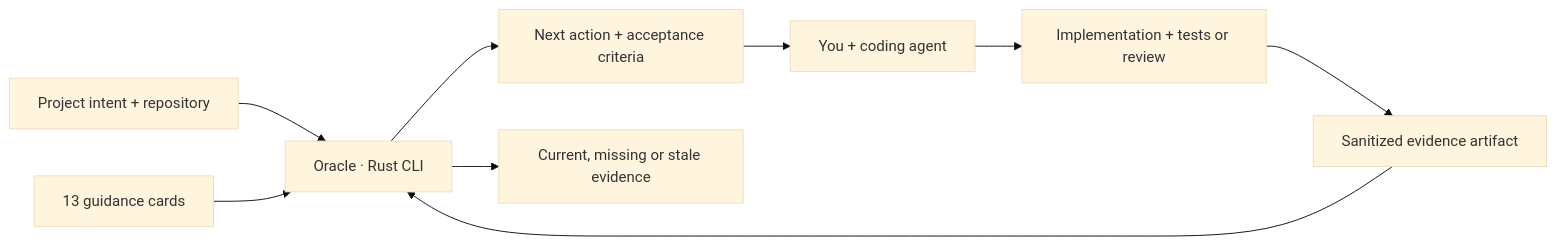
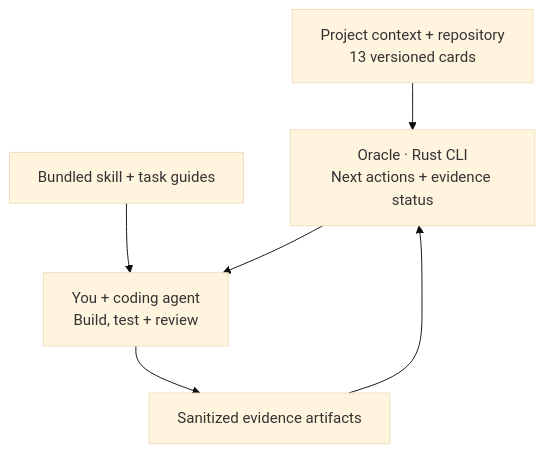
The diagram in README.md (andersonbond/oracle), drawn with Mermaid (base theme) before and after one commit. The commit also changed other lines of this file and 9 other files, not shown here.

````diff
--- a/README.md
+++ b/README.md
@@ -201,11 +242,8 @@
 ```mermaid
-flowchart LR
-    Context["Project intent + repository"] --> Core["Oracle · Rust CLI"]
-    Cards["13 guidance cards"] --> Core
-    Core --> Task["Next action + acceptance criteria"]
-    Task --> Agent["You + coding agent"]
-    Agent --> Work["Implementation + tests or review"]
-    Work --> Proof["Sanitized evidence artifact"]
+flowchart TD
+    Context["Project context + repository<br/>13 versioned cards"] --> Core["Oracle · Rust CLI<br/>Next actions + evidence status"]
+    Guides["Bundled skill + task guides"] --> Agent["You + coding agent<br/>Build, test + review"]
+    Core --> Agent
+    Agent --> Proof["Sanitized evidence artifacts"]
     Proof --> Core
-    Core --> State["Current, missing or stale evidence"]
 ```
````
